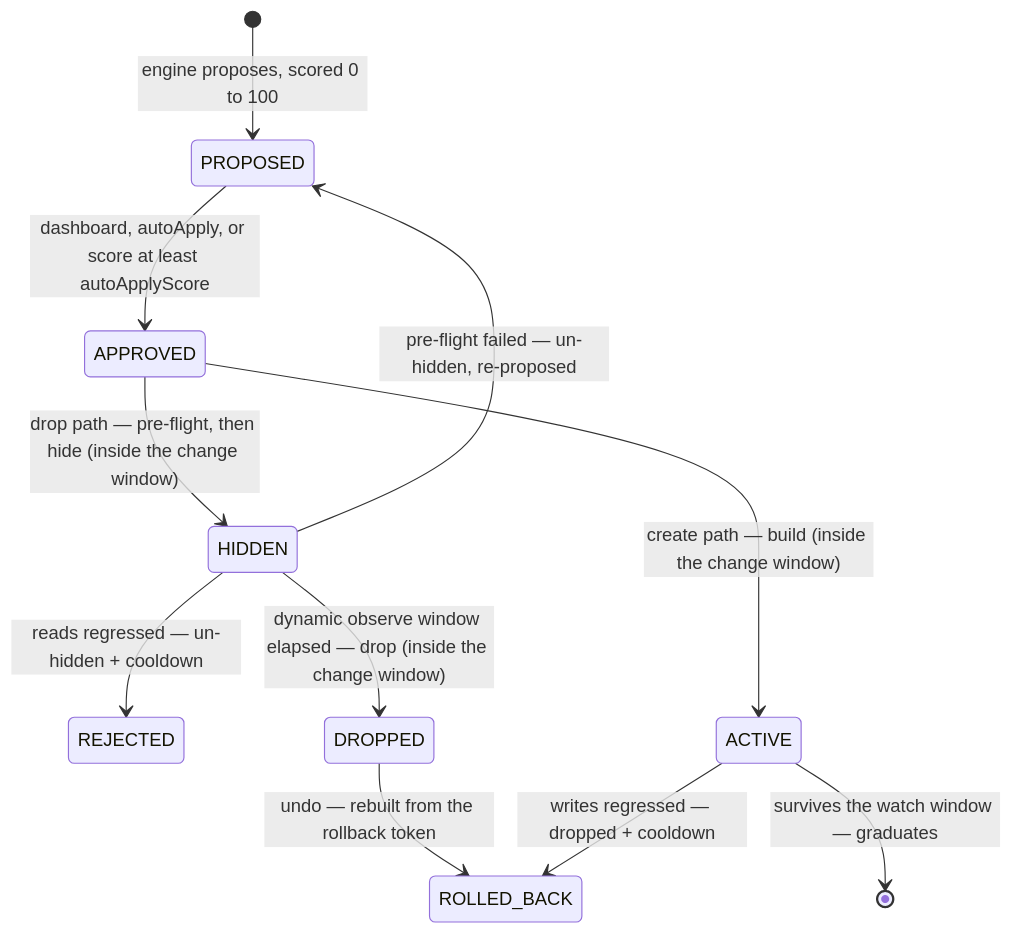
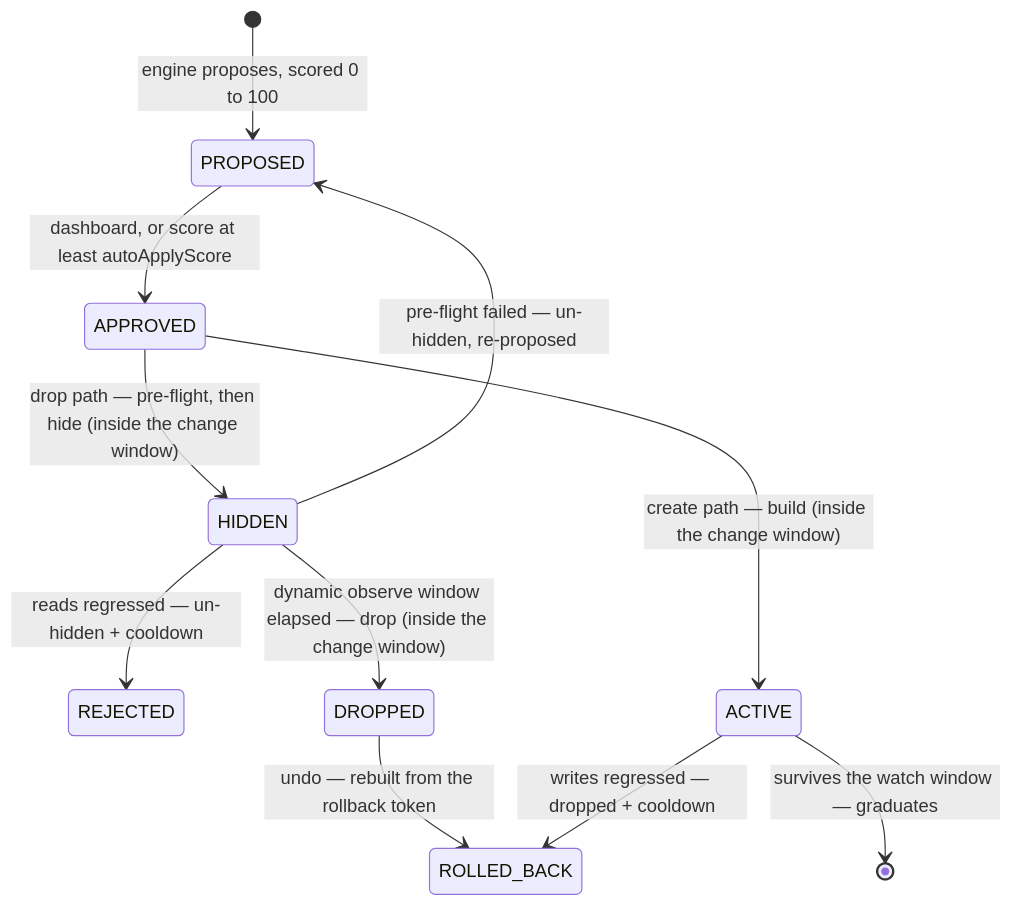
Before and after one commit to FullmetalBober/Indexterity: the third of 3 diagrams in README.md, drawn with Mermaid. The commit also changed other lines of this file and 10 other files, not shown here.

````diff
--- a/README.md
+++ b/README.md
@@ -190,13 +190,13 @@
 ```mermaid
 stateDiagram-v2
     [*] --> PROPOSED: engine proposes, scored 0 to 100
-    PROPOSED --> APPROVED: dashboard, autoApply, or score at least autoApplyScore
+    PROPOSED --> APPROVED: dashboard, or score at least autoApplyScore
     APPROVED --> HIDDEN: drop path — pre-flight, then hide (inside the change window)
     HIDDEN --> REJECTED: reads regressed — un-hidden + cooldown
     HIDDEN --> PROPOSED: pre-flight failed — un-hidden, re-proposed
     HIDDEN --> DROPPED: dynamic observe window elapsed — drop (inside the change window)
     DROPPED --> ROLLED_BACK: undo — rebuilt from the rollback token
     APPROVED --> ACTIVE: create path — build (inside the change window)
     ACTIVE --> ROLLED_BACK: writes regressed — dropped + cooldown
     ACTIVE --> [*]: survives the watch window — graduates
 ```
````
